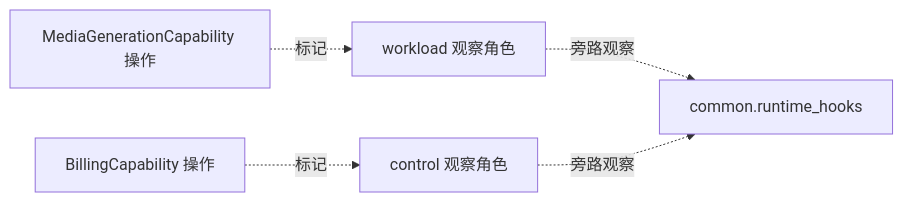
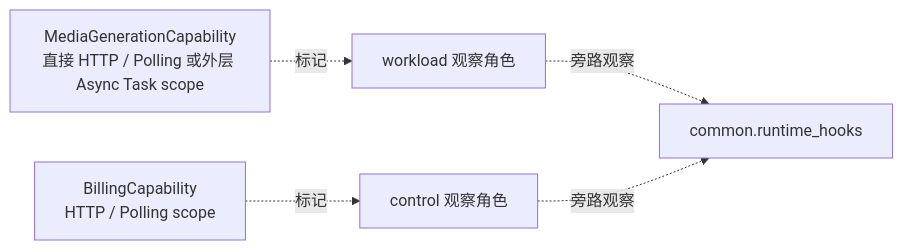
Before and after one commit to wjy801/llm_api_case: the fourth of 4 diagrams in course/第12课-BaseTask兼容门面与窄Capability.md, drawn with Mermaid. The commit also changed other lines of this file and 6 other files, not shown here.

````diff
--- a/course/第12课-BaseTask兼容门面与窄Capability.md
+++ b/course/第12课-BaseTask兼容门面与窄Capability.md
@@ -793,13 +980,13 @@
 ```mermaid
 flowchart LR
-    MEDIA["MediaGenerationCapability 操作"]
-    BILLING["BillingCapability 操作"]
+    MEDIA["MediaGenerationCapability<br/>直接 HTTP / Polling 或外层 Async Task scope"]
+    BILLING["BillingCapability<br/>HTTP / Polling scope"]
     WORKLOAD["workload 观察角色"]
     CONTROL["control 观察角色"]
     HOOKS["common.runtime_hooks"]
 
     MEDIA -. 标记 .-> WORKLOAD
     BILLING -. 标记 .-> CONTROL
     WORKLOAD -. 旁路观察 .-> HOOKS
     CONTROL -. 旁路观察 .-> HOOKS
 ```
````
